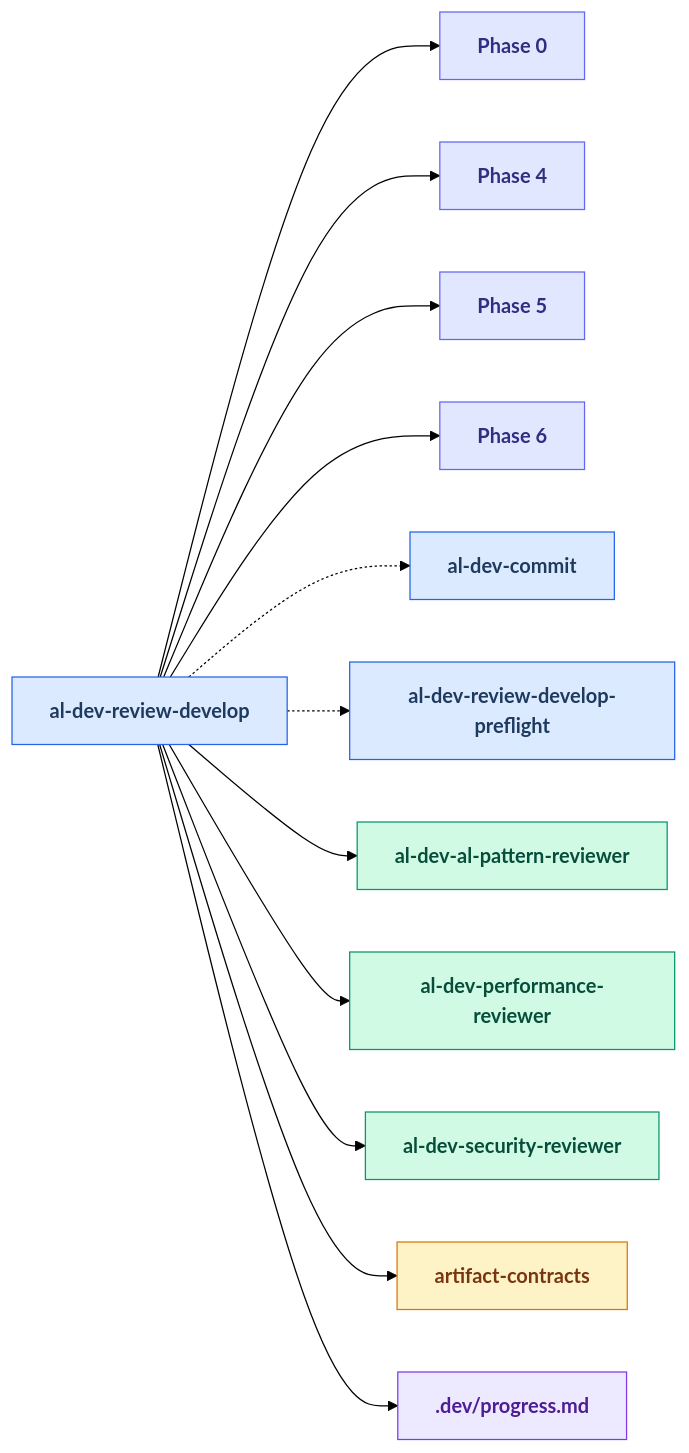
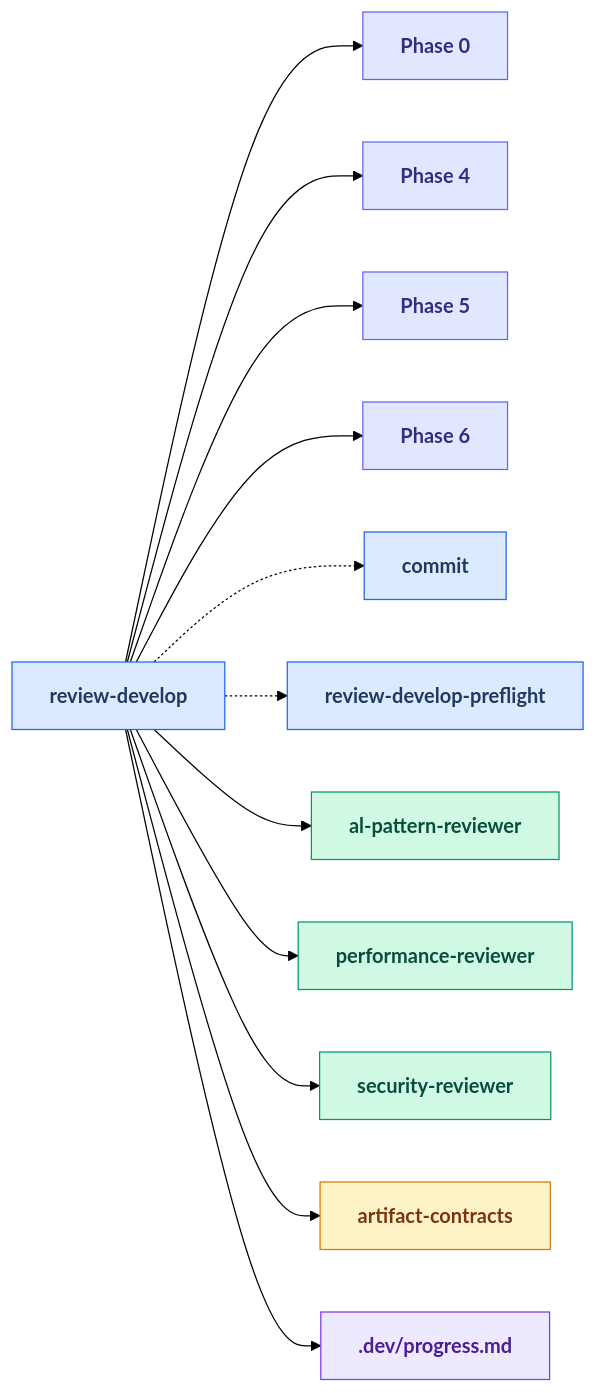
Diagram 12 of 24 in docs/skills_map.md (russell-laing/al-dev-shared), drawn with Mermaid (forest theme) before and after one commit. The commit also changed other lines of this file and 8 other files, not shown here.

````diff
--- a/docs/skills_map.md
+++ b/docs/skills_map.md
@@ -623,46 +631,46 @@
 ```mermaid
 flowchart LR
     classDef skillNode fill:#dbeafe,stroke:#2563eb,color:#1e3a5f,font-weight:bold
     classDef agentNode fill:#d1fae5,stroke:#059669,color:#064e3b,font-weight:bold
     classDef knowledgeNode fill:#fef3c7,stroke:#d97706,color:#78350f,font-weight:bold
     classDef artifactNode fill:#ede9fe,stroke:#7c3aed,color:#4c1d95,font-weight:bold
     classDef phaseNode fill:#e0e7ff,stroke:#6366f1,color:#312e81,font-weight:bold
 
-    skill_al_dev_review_develop[al-dev-review-develop]
+    skill_review_develop[review-develop]
     Phase0["Phase 0"]
     Phase4["Phase 4"]
     Phase5["Phase 5"]
     Phase6["Phase 6"]
-    skill_al_dev_commit[al-dev-commit]
-    skill_al_dev_review_develop_preflight[al-dev-review-develop-preflight]
-    agent_al_dev_al_pattern_reviewer[al-dev-al-pattern-reviewer]
-    agent_al_dev_performance_reviewer[al-dev-performance-reviewer]
-    agent_al_dev_security_reviewer[al-dev-security-reviewer]
+    skill_commit[commit]
+    skill_review_develop_preflight[review-develop-preflight]
+    agent_al_pattern_reviewer[al-pattern-reviewer]
+    agent_performance_reviewer[performance-reviewer]
+    agent_security_reviewer[security-reviewer]
     knowledge_artifact_contracts_md[artifact-contracts]
     artifact_progress_md[.dev/progress.md]
 
-    skill_al_dev_review_develop --> Phase0
-    skill_al_dev_review_develop --> Phase4
-    skill_al_dev_review_develop --> Phase5
-    skill_al_dev_review_develop --> Phase6
-    skill_al_dev_review_develop -.-> skill_al_dev_commit
-    skill_al_dev_review_develop -.-> skill_al_dev_review_develop_preflight
-    skill_al_dev_review_develop --> agent_al_dev_al_pattern_reviewer
-    skill_al_dev_review_develop --> agent_al_dev_performance_reviewer
-    skill_al_dev_review_develop --> agent_al_dev_security_reviewer
-    skill_al_dev_review_develop --> knowledge_artifact_contracts_md
-    skill_al_dev_review_develop --> artifact_progress_md
+    skill_review_develop --> Phase0
+    skill_review_develop --> Phase4
+    skill_review_develop --> Phase5
+    skill_review_develop --> Phase6
+    skill_review_develop -.-> skill_commit
+    skill_review_develop -.-> skill_review_develop_preflight
+    skill_review_develop --> agent_al_pattern_reviewer
+    skill_review_develop --> agent_performance_reviewer
+    skill_review_develop --> agent_security_reviewer
+    skill_review_develop --> knowledge_artifact_contracts_md
+    skill_review_develop --> artifact_progress_md
 
-    class skill_al_dev_review_develop skillNode
+    class skill_review_develop skillNode
     class Phase0 phaseNode
     class Phase4 phaseNode
     class Phase5 phaseNode
     class Phase6 phaseNode
-    class skill_al_dev_commit skillNode
-    class skill_al_dev_review_develop_preflight skillNode
-    class agent_al_dev_al_pattern_reviewer agentNode
-    class agent_al_dev_performance_reviewer agentNode
-    class agent_al_dev_security_reviewer agentNode
+    class skill_commit skillNode
+    class skill_review_develop_preflight skillNode
+    class agent_al_pattern_reviewer agentNode
+    class agent_performance_reviewer agentNode
+    class agent_security_reviewer agentNode
     class knowledge_artifact_contracts_md knowledgeNode
     class artifact_progress_md artifactNode
 ```
````
